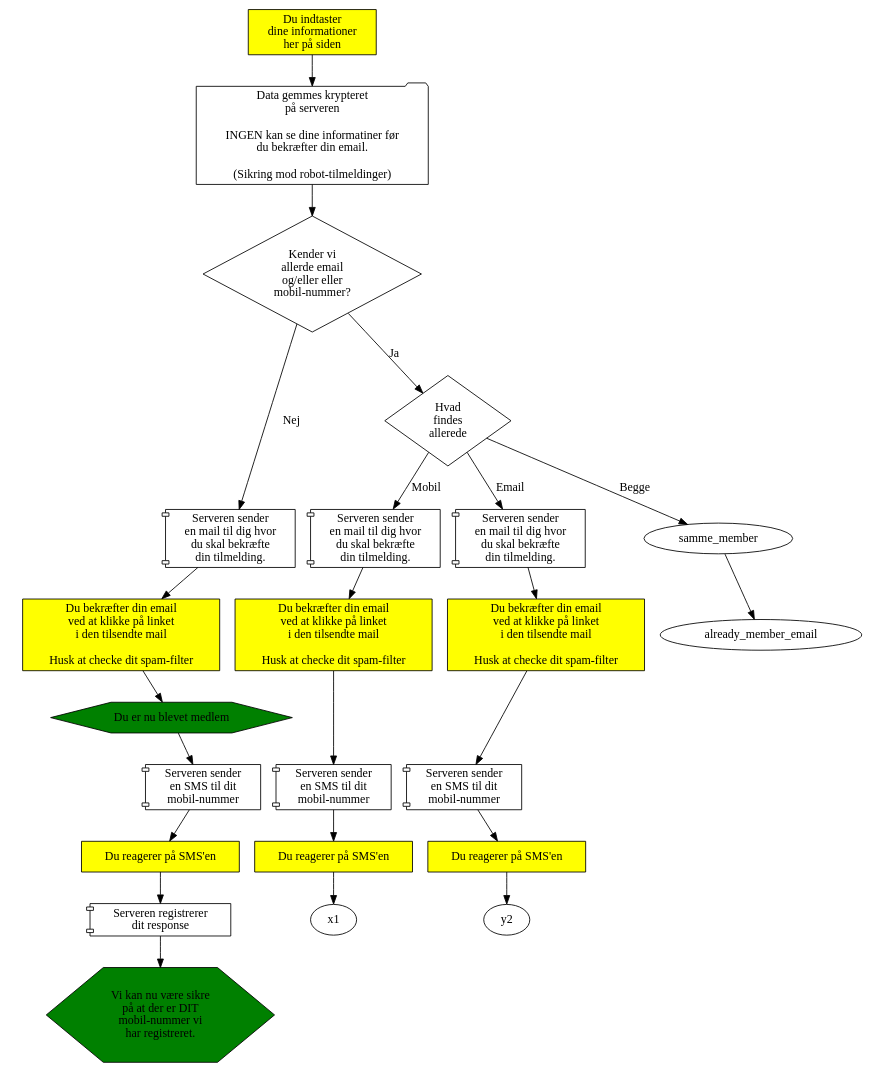
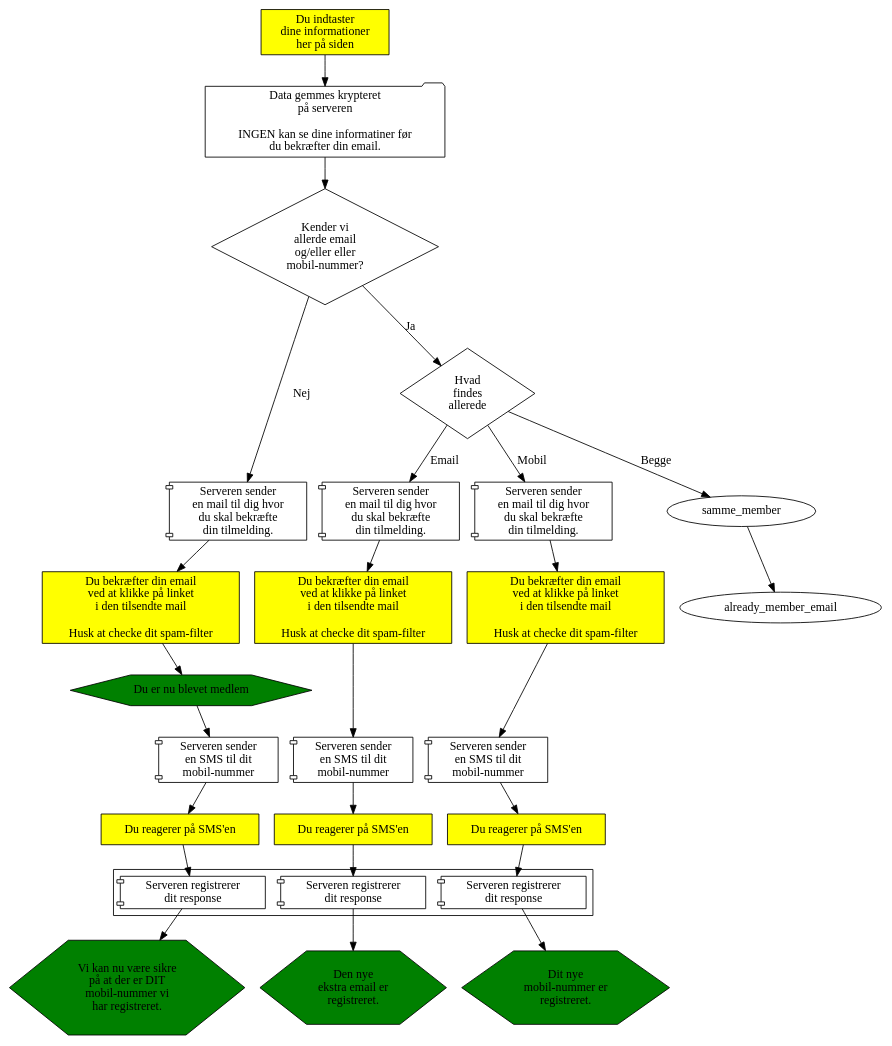
One commit to alslug/alslug.dk changed the diagram in medlemskab/indmeldelse.dot. Above: the diagram before and after it, drawn with Graphviz.

```diff
--- a/medlemskab/indmeldelse.dot
+++ b/medlemskab/indmeldelse.dot
@@ -1,63 +1,70 @@
 digraph indmeldelse {
   { # Dine handlinger
     node [ shape=box style=filled fillcolor=yellow ];
     indtast                [label="Du indtaster\ndine informationer\nher på siden"];
     subgraph cluster_server_sender_email {
       style=invis;
       node                 [label="Du bekræfter din email\nved at klikke på linket\ni den tilsendte mail\n\nHusk at checke dit spam-filter"];
       confirm_email_nyt_medlem;
       confirm_email_add_email;
       confirm_email_add_mobil;
     }
     subgraph cluster_server_sender_sms {
       style=invis;
       node                 [label="Du reagerer på SMS'en"];
       confirm_sms_nyt_medlem;
       confirm_sms_add_email;
       confirm_sms_add_mobil;
     }
   }
-  send_tilmelding        [shape=folder label="Data gemmes krypteret\npå serveren\n\nINGEN kan se dine informatiner før\ndu bekræfter din email.\n\n(Sikring mod robot-tilmeldinger)"];
+  send_tilmelding        [shape=folder label="Data gemmes krypteret \n på serveren \n \n INGEN kan se dine informatiner før \n du bekræfter din email."];
   { # Server-aktiviteter
     node [shape=component];
     subgraph cluster_server_sender_email {
       style=invis;
-      node                 [label="Serveren sender\nen mail til dig hvor\ndu skal bekræfte\ndin tilmelding."];
+      node                 [label="Serveren sender \n en mail til dig hvor \n du skal bekræfte \n din tilmelding."];
       server_sender_emai_nyt_medlem;
       server_sender_email_add_email;
       server_sender_email_add_mobil;
     }
     subgraph cluster_server_sender_sms {
       style=invis;
-      node                 [label="Serveren sender\nen SMS til dit\nmobil-nummer"];
+      node                 [label="Serveren sender \n en SMS til dit \n mobil-nummer"];
       server_sender_sms_nyt_medlem;
       server_sender_sms_add_email;
       server_sender_sms_add_mobil;
     }
-    sms_confirmed          [label="Serveren registrerer\ndit response"];
+    subgraph cluster_sms_confirmed {
+      node                 [label="Serveren registrerer \n dit response"];
+      sms_confirmed_nyt_medlem;
+      sms_confirmed_add_email;
+      sms_confirmed_add_mobil;
+    }
   }
   { # Results
     node [shape=hexagon   style=filled fillcolor=green ];
     du_biver_medlem        [label="Du er nu blevet medlem"];
-    mobile_ok              [label="Vi kan nu være sikre\npå at der er DIT\nmobil-nummer vi\nhar registreret."]; 
+    mobile_ok              [label="Vi kan nu være sikre \n på at der er DIT \n mobil-nummer vi \n har registreret."]; 
+    email_added            [label="Den nye \n ekstra email er \n registreret."]; 
+    mobil_added            [label="Dit nye \n mobil-nummer er \n registreret."]; 
   }
   { # Valg
     node [shape=diamond];
-    findes_allerede        [label="Kender vi\nallerde email\nog/eller eller\nmobil-nummer?"];
-    hvad_findes_allerede   [label="Hvad\nfindes\nallerede"];
+    findes_allerede        [label="Kender vi \n allerde email \n og/eller eller \n mobil-nummer?"];
+    hvad_findes_allerede   [label="Hvad \n findes \n allerede"];
   }
 
   indtast -> send_tilmelding -> findes_allerede;
                                 findes_allerede ->                              server_sender_emai_nyt_medlem [label="Nej"];
                                                                                 server_sender_emai_nyt_medlem -> confirm_email_nyt_medlem -> du_biver_medlem ->
-                                                                                server_sender_sms_nyt_medlem  -> confirm_sms_nyt_medlem   -> sms_confirmed -> mobile_ok;
+                                                                                server_sender_sms_nyt_medlem  -> confirm_sms_nyt_medlem   -> sms_confirmed_nyt_medlem -> mobile_ok;
                                 findes_allerede -> hvad_findes_allerede                                       [label="Ja"];
                                                    hvad_findes_allerede-> samme_member                        [label="Begge"];
                                                                           samme_member -> already_member_email;
-                                                   hvad_findes_allerede -> server_sender_email_add_email      [label="Mobil"];
+                                                   hvad_findes_allerede -> server_sender_email_add_email      [label="Email"];
                                                                                 server_sender_email_add_email -> confirm_email_add_email  ->
-                                                                                server_sender_sms_add_email   -> confirm_sms_add_email    -> x1;
-                                                   hvad_findes_allerede ->      server_sender_email_add_mobil [label="Email"];
+                                                                                server_sender_sms_add_email   -> confirm_sms_add_email    -> sms_confirmed_add_email -> email_added;
+                                                   hvad_findes_allerede ->      server_sender_email_add_mobil [label="Mobil"];
                                                                                 server_sender_email_add_mobil -> confirm_email_add_mobil  ->
-                                                                                server_sender_sms_add_mobil   -> confirm_sms_add_mobil    -> y2;
+                                                                                server_sender_sms_add_mobil   -> confirm_sms_add_mobil    -> sms_confirmed_add_mobil -> mobil_added;
 }
```
